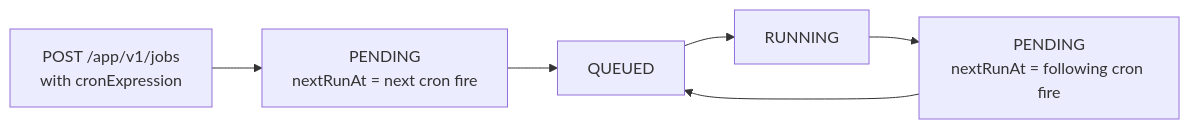
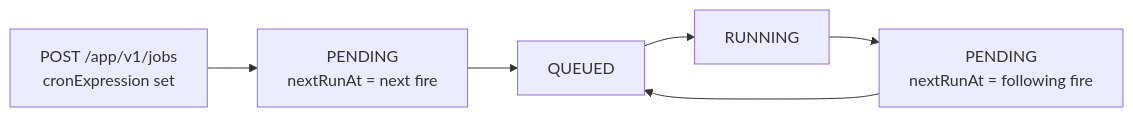
One commit to harshithrao07/distributed-scheduler changed the fifth of 10 diagrams in Readme.md. Above: the diagram before and after it, drawn with Mermaid. The commit also changed other lines of this file, not shown here.

````diff
--- a/Readme.md
+++ b/Readme.md
@@ -125,8 +195,8 @@
 ```mermaid
 flowchart LR
-    submit["POST /app/v1/jobs<br/>with cronExpression"] --> pending["PENDING<br/>nextRunAt = next cron fire"]
-    pending --> queued["QUEUED"]
-    queued --> running["RUNNING"]
-    running --> next["PENDING<br/>nextRunAt = following cron fire"]
-    next --> queued
+    A["POST /app/v1/jobs<br/>cronExpression set"] --> B["PENDING<br/>nextRunAt = next fire"]
+    B --> C["QUEUED"]
+    C --> D["RUNNING"]
+    D --> E["PENDING<br/>nextRunAt = following fire"]
+    E --> C
 ```
````
